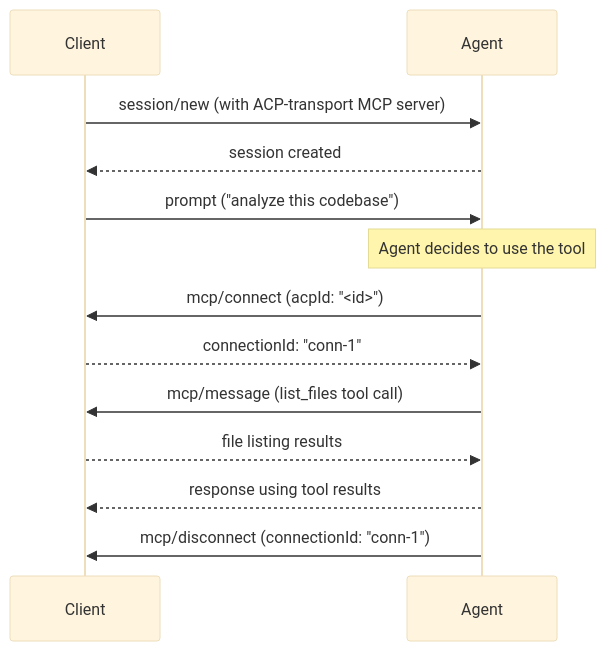
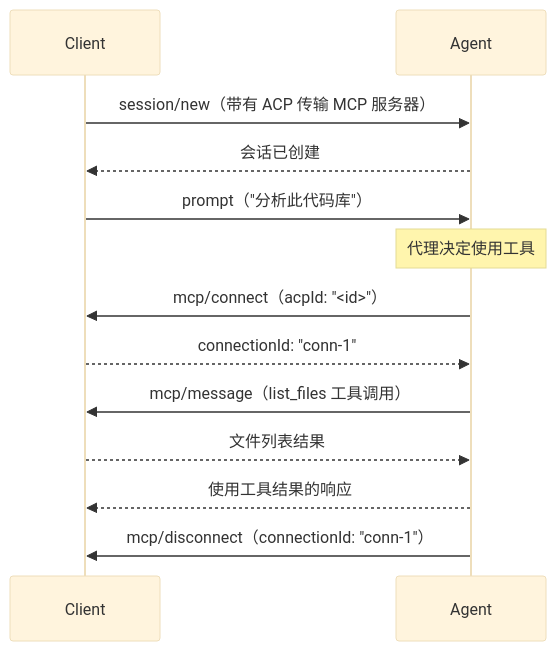
The first of 2 diagrams in rfds/mcp-over-acp.mdx (cxykevin/acp-docs-cn), drawn with Mermaid (base theme) before and after one commit. The commit also changed other lines of this file and 15 other files, not shown here.

````diff
--- a/rfds/mcp-over-acp.mdx
+++ b/rfds/mcp-over-acp.mdx
@@ -64,21 +64,21 @@
 ```mermaid
 sequenceDiagram
     participant Client
     participant Agent
 
-    Client->>Agent: session/new (with ACP-transport MCP server)
-    Agent-->>Client: session created
+    Client->>Agent: session/new（带有 ACP 传输 MCP 服务器）
+    Agent-->>Client: 会话已创建
 
-    Client->>Agent: prompt ("analyze this codebase")
+    Client->>Agent: prompt（"分析此代码库"）
 
-    Note over Agent: Agent decides to use the tool
-    Agent->>Client: mcp/connect (acpId: "<id>")
+    Note over Agent: 代理决定使用工具
+    Agent->>Client: mcp/connect（acpId: "<id>"）
     Client-->>Agent: connectionId: "conn-1"
 
-    Agent->>Client: mcp/message (list_files tool call)
-    Client-->>Agent: file listing results
+    Agent->>Client: mcp/message（list_files 工具调用）
+    Client-->>Agent: 文件列表结果
 
-    Agent-->>Client: response using tool results
+    Agent-->>Client: 使用工具结果的响应
 
-    Agent->>Client: mcp/disconnect (connectionId: "conn-1")
+    Agent->>Client: mcp/disconnect（connectionId: "conn-1"）
 ```
````
